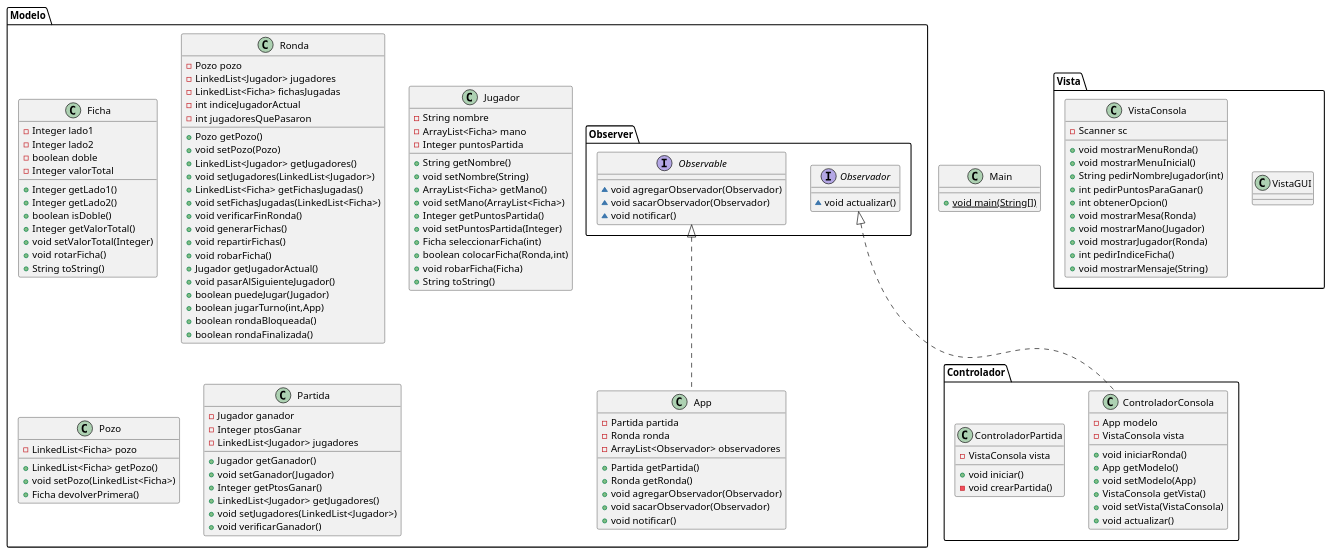
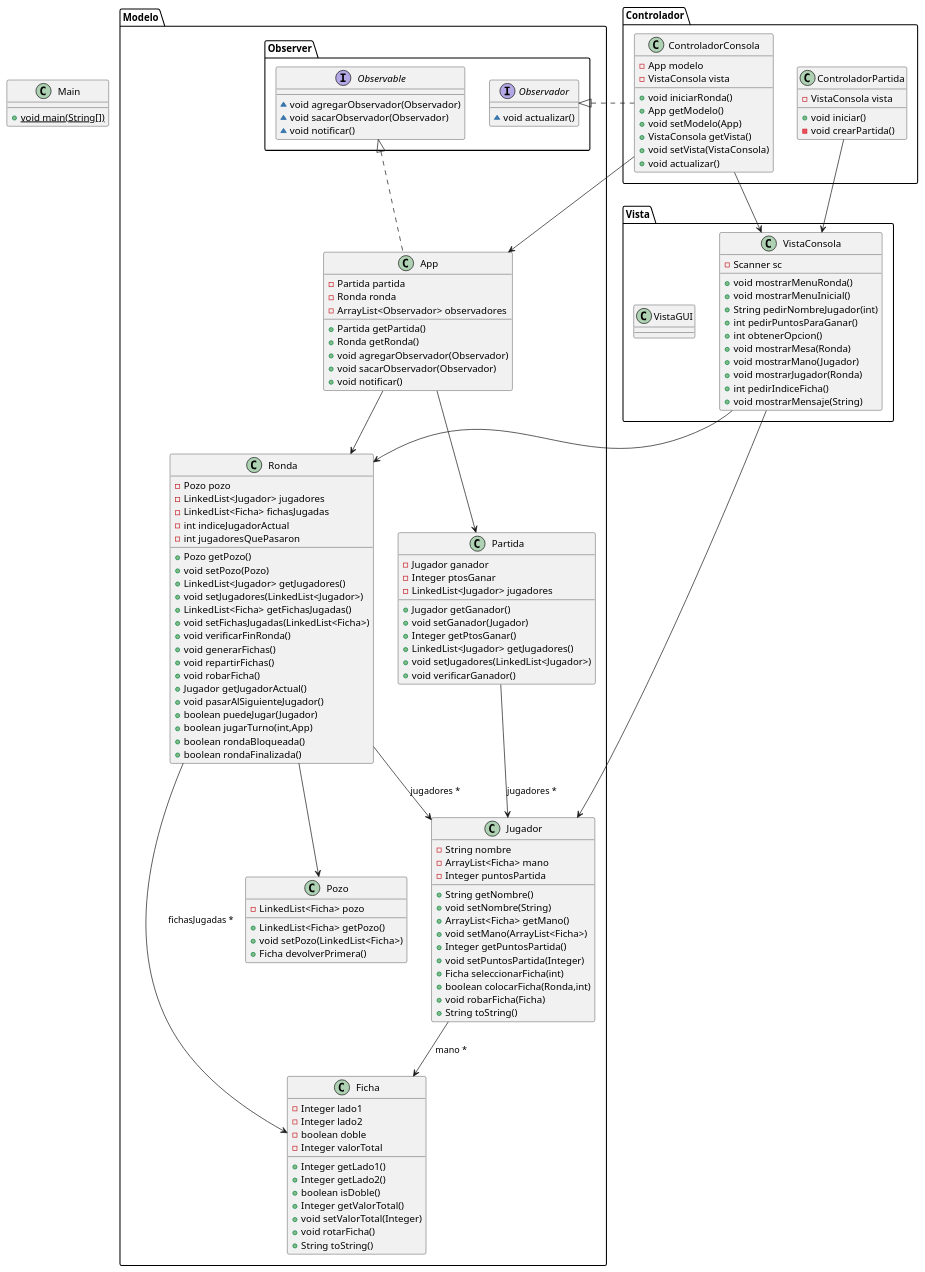
Before and after one commit to RenzoBisso/TrabajoFinalPOO-DOMINO: the diagram in ModeloUML/UML.puml, drawn with PlantUML. The commit also changed 2 other files, not shown here.

Commit message:
uml corregido

```diff
--- a/ModeloUML/UML.puml
+++ b/ModeloUML/UML.puml
@@ -1,146 +1,164 @@
 @startuml
+
+' ======== INTERFACES OBSERVER ========
 interface Modelo.Observer.Observable {
-~ void agregarObservador(Observador)
-~ void sacarObservador(Observador)
-~ void notificar()
+    ~ void agregarObservador(Observador)
+    ~ void sacarObservador(Observador)
+    ~ void notificar()
 }
 
-class Controlador.ControladorConsola {
-- App modelo
-- VistaConsola vista
-+ void iniciarRonda()
-+ App getModelo()
-+ void setModelo(App)
-+ VistaConsola getVista()
-+ void setVista(VistaConsola)
-+ void actualizar()
+interface Modelo.Observer.Observador {
+    ~ void actualizar()
 }
 
-
-class Modelo.Ficha {
-- Integer lado1
-- Integer lado2
-- boolean doble
-- Integer valorTotal
-+ Integer getLado1()
-+ Integer getLado2()
-+ boolean isDoble()
-+ Integer getValorTotal()
-+ void setValorTotal(Integer)
-+ void rotarFicha()
-+ String toString()
+' ======== CONTROLADOR ========
+class Controlador.ControladorConsola {
+    - App modelo
+    - VistaConsola vista
+    + void iniciarRonda()
+    + App getModelo()
+    + void setModelo(App)
+    + VistaConsola getVista()
+    + void setVista(VistaConsola)
+    + void actualizar()
 }
 
+class Controlador.ControladorPartida {
+    - VistaConsola vista
+    + void iniciar()
+    - void crearPartida()
+}
+
+' ======== MODELO ========
+class Modelo.Ficha {
+    - Integer lado1
+    - Integer lado2
+    - boolean doble
+    - Integer valorTotal
+    + Integer getLado1()
+    + Integer getLado2()
+    + boolean isDoble()
+    + Integer getValorTotal()
+    + void setValorTotal(Integer)
+    + void rotarFicha()
+    + String toString()
+}
+
+class Modelo.Jugador {
+    - String nombre
+    - ArrayList<Ficha> mano
+    - Integer puntosPartida
+    + String getNombre()
+    + void setNombre(String)
+    + ArrayList<Ficha> getMano()
+    + void setMano(ArrayList<Ficha>)
+    + Integer getPuntosPartida()
+    + void setPuntosPartida(Integer)
+    + Ficha seleccionarFicha(int)
+    + boolean colocarFicha(Ronda,int)
+    + void robarFicha(Ficha)
+    + String toString()
+}
+
+class Modelo.Pozo {
+    - LinkedList<Ficha> pozo
+    + LinkedList<Ficha> getPozo()
+    + void setPozo(LinkedList<Ficha>)
+    + Ficha devolverPrimera()
+}
 
 class Modelo.Ronda {
-- Pozo pozo
-- LinkedList<Jugador> jugadores
-- LinkedList<Ficha> fichasJugadas
-- int indiceJugadorActual
-- int jugadoresQuePasaron
-+ Pozo getPozo()
-+ void setPozo(Pozo)
-+ LinkedList<Jugador> getJugadores()
-+ void setJugadores(LinkedList<Jugador>)
-+ LinkedList<Ficha> getFichasJugadas()
-+ void setFichasJugadas(LinkedList<Ficha>)
-+ void verificarFinRonda()
-+ void generarFichas()
-+ void repartirFichas()
-+ void robarFicha()
-+ Jugador getJugadorActual()
-+ void pasarAlSiguienteJugador()
-+ boolean puedeJugar(Jugador)
-+ boolean jugarTurno(int,App)
-+ boolean rondaBloqueada()
-+ boolean rondaFinalizada()
+    - Pozo pozo
+    - LinkedList<Jugador> jugadores
+    - LinkedList<Ficha> fichasJugadas
+    - int indiceJugadorActual
+    - int jugadoresQuePasaron
+    + Pozo getPozo()
+    + void setPozo(Pozo)
+    + LinkedList<Jugador> getJugadores()
+    + void setJugadores(LinkedList<Jugador>)
+    + LinkedList<Ficha> getFichasJugadas()
+    + void setFichasJugadas(LinkedList<Ficha>)
+    + void verificarFinRonda()
+    + void generarFichas()
+    + void repartirFichas()
+    + void robarFicha()
+    + Jugador getJugadorActual()
+    + void pasarAlSiguienteJugador()
+    + boolean puedeJugar(Jugador)
+    + boolean jugarTurno(int,App)
+    + boolean rondaBloqueada()
+    + boolean rondaFinalizada()
 }
 
+class Modelo.Partida {
+    - Jugador ganador
+    - Integer ptosGanar
+    - LinkedList<Jugador> jugadores
+    + Jugador getGanador()
+    + void setGanador(Jugador)
+    + Integer getPtosGanar()
+    + LinkedList<Jugador> getJugadores()
+    + void setJugadores(LinkedList<Jugador>)
+    + void verificarGanador()
+}
+
+class Modelo.App {
+    - Partida partida
+    - Ronda ronda
+    - ArrayList<Observador> observadores
+    + Partida getPartida()
+    + Ronda getRonda()
+    + void agregarObservador(Observador)
+    + void sacarObservador(Observador)
+    + void notificar()
+}
+
+' ======== VISTAS ========
+class Vista.VistaConsola {
+    - Scanner sc
+    + void mostrarMenuRonda()
+    + void mostrarMenuInicial()
+    + String pedirNombreJugador(int)
+    + int pedirPuntosParaGanar()
+    + int obtenerOpcion()
+    + void mostrarMesa(Ronda)
+    + void mostrarMano(Jugador)
+    + void mostrarJugador(Ronda)
+    + int pedirIndiceFicha()
+    + void mostrarMensaje(String)
+}
 
 class Vista.VistaGUI {
 }
+
 class Main {
-+ {static} void main(String[])
+    + {static} void main(String[])
 }
 
-class Modelo.Jugador {
-- String nombre
-- ArrayList<Ficha> mano
-- Integer puntosPartida
-+ String getNombre()
-+ void setNombre(String)
-+ ArrayList<Ficha> getMano()
-+ void setMano(ArrayList<Ficha>)
-+ Integer getPuntosPartida()
-+ void setPuntosPartida(Integer)
-+ Ficha seleccionarFicha(int)
-+ boolean colocarFicha(Ronda,int)
-+ void robarFicha(Ficha)
-+ String toString()
-}
+' ======== RELACIONES (FLECHAS) ========
 
-
-interface Modelo.Observer.Observador {
-~ void actualizar()
-}
-
-class Controlador.ControladorPartida {
-- VistaConsola vista
-+ void iniciar()
-- void crearPartida()
-}
-
-
-class Modelo.Pozo {
-- LinkedList<Ficha> pozo
-+ LinkedList<Ficha> getPozo()
-+ void setPozo(LinkedList<Ficha>)
-+ Ficha devolverPrimera()
-}
-
-
-class Modelo.Partida {
-- Jugador ganador
-- Integer ptosGanar
-- LinkedList<Jugador> jugadores
-+ Jugador getGanador()
-+ void setGanador(Jugador)
-+ Integer getPtosGanar()
-+ LinkedList<Jugador> getJugadores()
-+ void setJugadores(LinkedList<Jugador>)
-+ void verificarGanador()
-}
-
-
-class Vista.VistaConsola {
-- Scanner sc
-+ void mostrarMenuRonda()
-+ void mostrarMenuInicial()
-+ String pedirNombreJugador(int)
-+ int pedirPuntosParaGanar()
-+ int obtenerOpcion()
-+ void mostrarMesa(Ronda)
-+ void mostrarMano(Jugador)
-+ void mostrarJugador(Ronda)
-+ int pedirIndiceFicha()
-+ void mostrarMensaje(String)
-}
-
-
-class Modelo.App {
-- Partida partida
-- Ronda ronda
-- ArrayList<Observador> observadores
-+ Partida getPartida()
-+ Ronda getRonda()
-+ void agregarObservador(Observador)
-+ void sacarObservador(Observador)
-+ void notificar()
-}
-
-
-
-
+' Implementación del patrón Observer
 Modelo.Observer.Observador <|.. Controlador.ControladorConsola
 Modelo.Observer.Observable <|.. Modelo.App
+
+' Relaciones del modelo
+Modelo.Partida --> Modelo.Jugador : jugadores *
+Modelo.Ronda --> Modelo.Pozo
+Modelo.Ronda --> Modelo.Jugador : jugadores *
+Modelo.Ronda --> Modelo.Ficha : fichasJugadas *
+Modelo.Jugador --> Modelo.Ficha : mano *
+Modelo.App --> Modelo.Partida
+Modelo.App --> Modelo.Ronda
+
+' Relaciones controlador - vista/modelo
+Controlador.ControladorConsola --> Modelo.App
+Controlador.ControladorConsola --> Vista.VistaConsola
+
+Controlador.ControladorPartida --> Vista.VistaConsola
+
+' Vista usa datos del modelo
+Vista.VistaConsola --> Modelo.Jugador
+Vista.VistaConsola --> Modelo.Ronda
+
 @enduml
```
